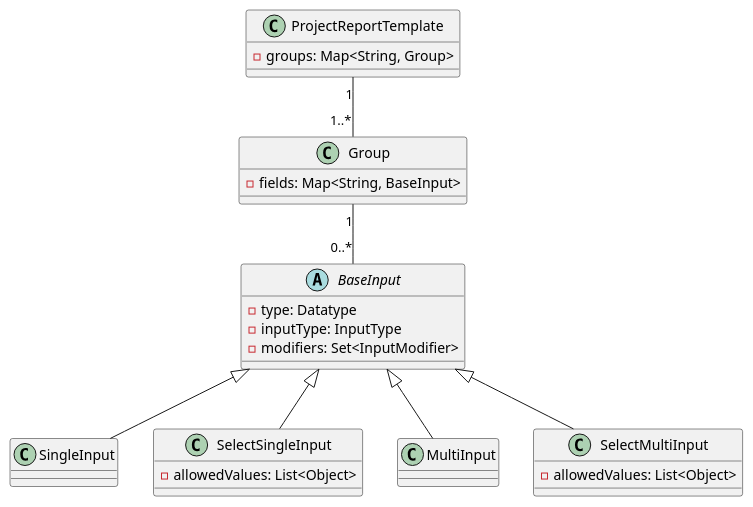
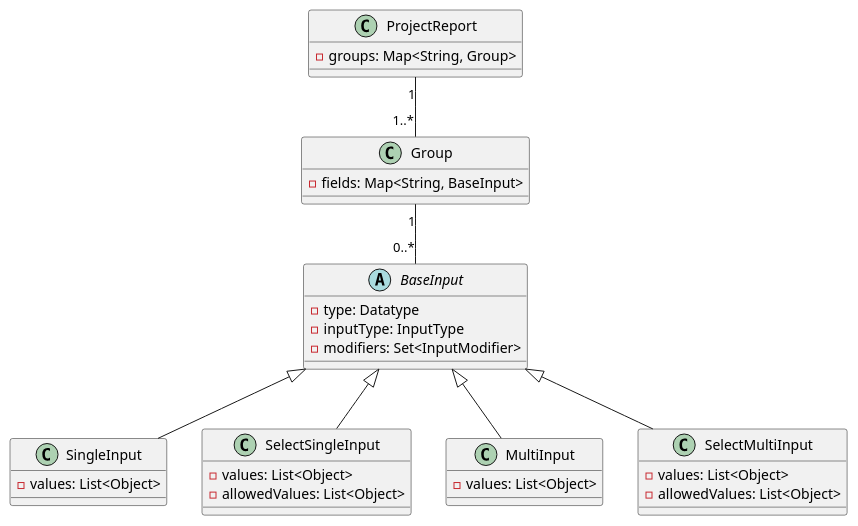
Before and after one commit to informatik-heilbronn/transparenz-cockpit: the diagram in documentation/backend/old_frontend_datastructure.puml, drawn with PlantUML. The commit also changed 1 other file, not shown here.

Commit message:
PlantUML fix

```diff
--- a/documentation/backend/old_frontend_datastructure.puml
+++ b/documentation/backend/old_frontend_datastructure.puml
@@ -1,31 +1,35 @@
 @startuml Transparent_old_datastructure
-Class ProjectReportTemplate{
-- groups: Map<String, Group>     
+Class ProjectReport{
+- groups: Map<String, Group>
 }
 Class Group{
-- fields: Map<String, BaseInput>     
+- fields: Map<String, BaseInput>
 }
 abstract Class BaseInput{
-- type: Datatype     
+- type: Datatype
 - inputType: InputType
 - modifiers: Set<InputModifier>
 }
-Class SingleInput{     
+Class SingleInput{
+- values: List<Object>
 }
 Class SelectSingleInput{
+- values: List<Object>
 - allowedValues: List<Object>
 }
-Class MultiInput{    
+Class MultiInput{
+- values: List<Object>
 }
 Class SelectMultiInput{
-- allowedValues: List<Object>     
+- values: List<Object>
+- allowedValues: List<Object>
 }
 
 BaseInput <|-- SingleInput
 BaseInput <|-- SelectSingleInput
 BaseInput <|-- MultiInput
 BaseInput <|-- SelectMultiInput
 
-ProjectReportTemplate "1" -- "1..*" Group
+ProjectReport "1" -- "1..*" Group
 Group "1" -- "0..*" BaseInput
 @enduml
```
